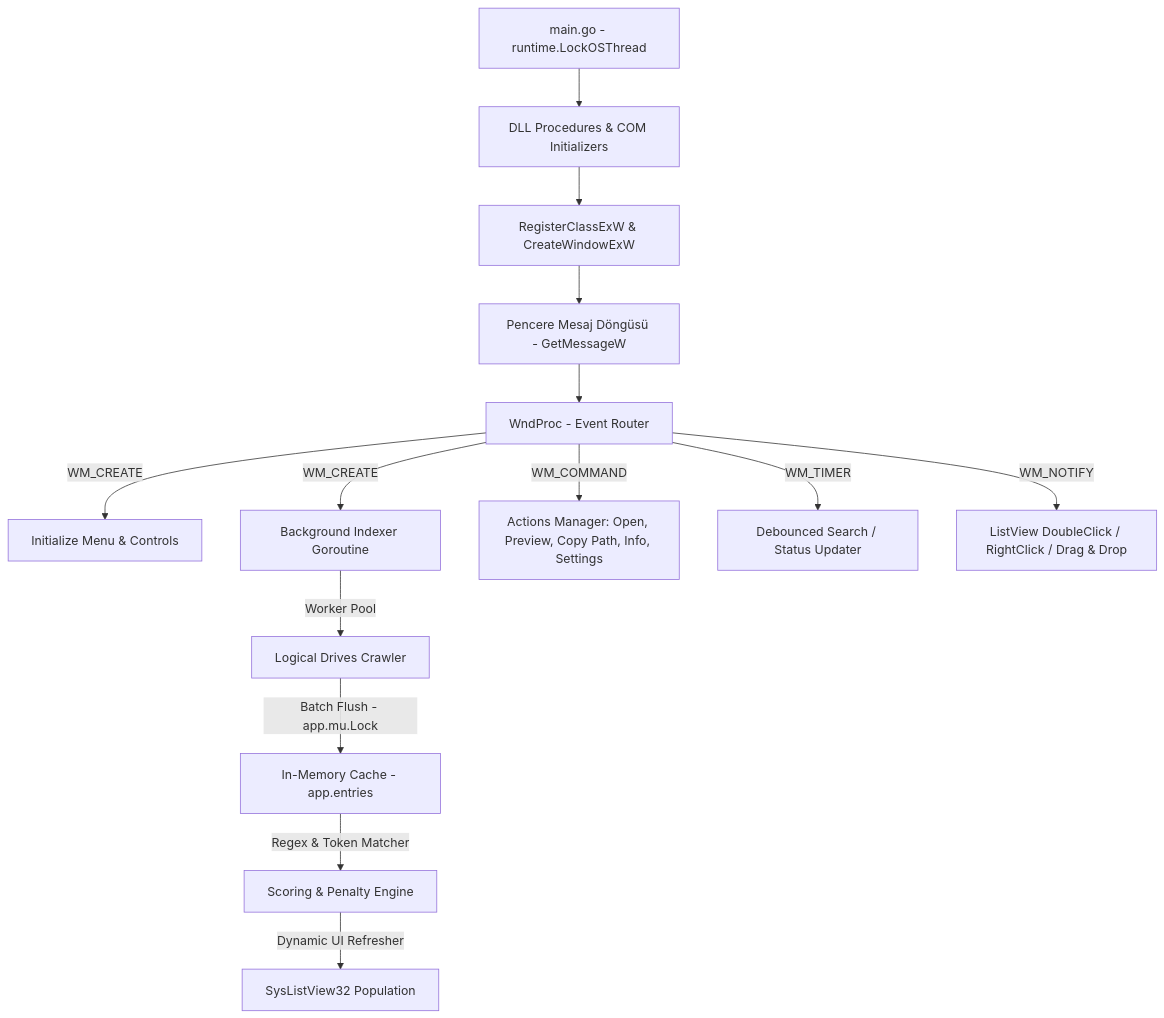
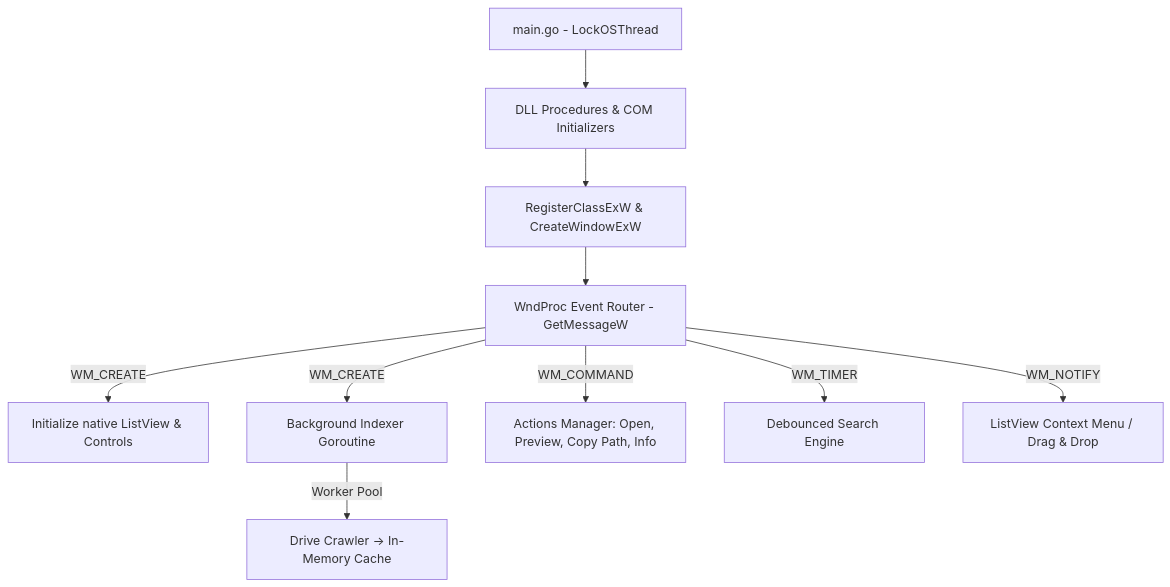
Before and after one commit to doctorbhr/qbfind: the first of 2 diagrams in README.md, drawn with Mermaid. The commit also changed other lines of this file, not shown here.

````diff
--- a/README.md
+++ b/README.md
@@ -28,18 +37,12 @@
 ```mermaid
 graph TD
-    A[main.go - runtime.LockOSThread] --> B[DLL Procedures & COM Initializers]
+    A[main.go - LockOSThread] --> B[DLL Procedures & COM Initializers]
     B --> C[RegisterClassExW & CreateWindowExW]
-    C --> D[Pencere Mesaj Döngüsü - GetMessageW]
-    D --> E[WndProc - Event Router]
-
-    E -->|WM_CREATE| F[Initialize Menu & Controls]
-    E -->|WM_CREATE| G[Background Indexer Goroutine]
-    E -->|WM_COMMAND| H[Actions Manager: Open, Preview, Copy Path, Info, Settings]
-    E -->|WM_TIMER| I[Debounced Search / Status Updater]
-    E -->|WM_NOTIFY| J[ListView DoubleClick / RightClick / Drag & Drop]
-
-    G -->|Worker Pool| K[Logical Drives Crawler]
-    K -->|Batch Flush - app.mu.Lock| L[In-Memory Cache - app.entries]
-    L -->|Regex & Token Matcher| M[Scoring & Penalty Engine]
-    M -->|Dynamic UI Refresher| N[SysListView32 Population]
+    C --> D[WndProc Event Router - GetMessageW]
+    D -->|WM_CREATE| E[Initialize native ListView & Controls]
+    D -->|WM_CREATE| F[Background Indexer Goroutine]
+    D -->|WM_COMMAND| G[Actions Manager: Open, Preview, Copy Path, Info]
+    D -->|WM_TIMER| H[Debounced Search Engine]
+    D -->|WM_NOTIFY| I[ListView Context Menu / Drag & Drop]
+    F -->|Worker Pool| J[Drive Crawler -> In-Memory Cache]
 ```
````
